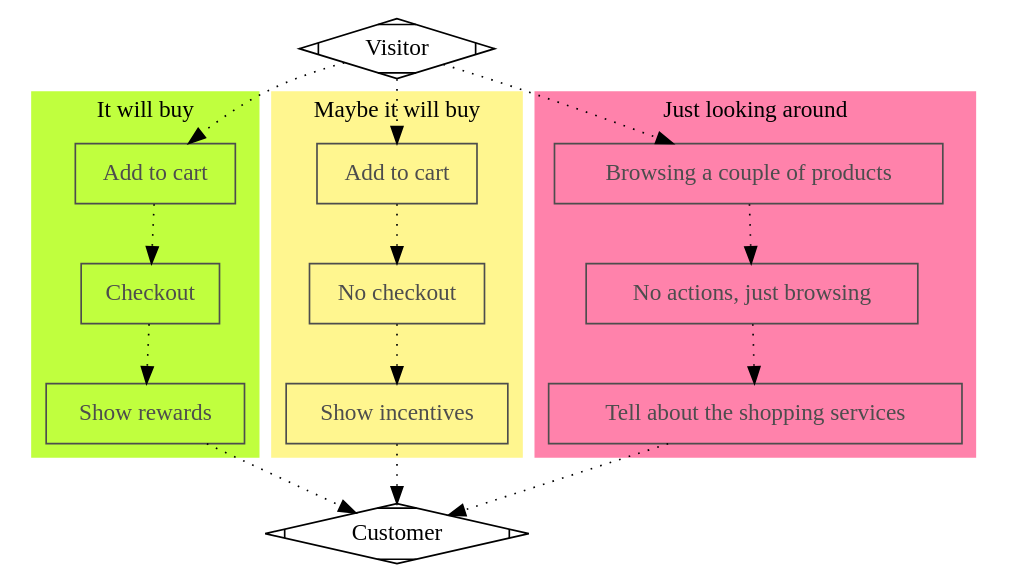
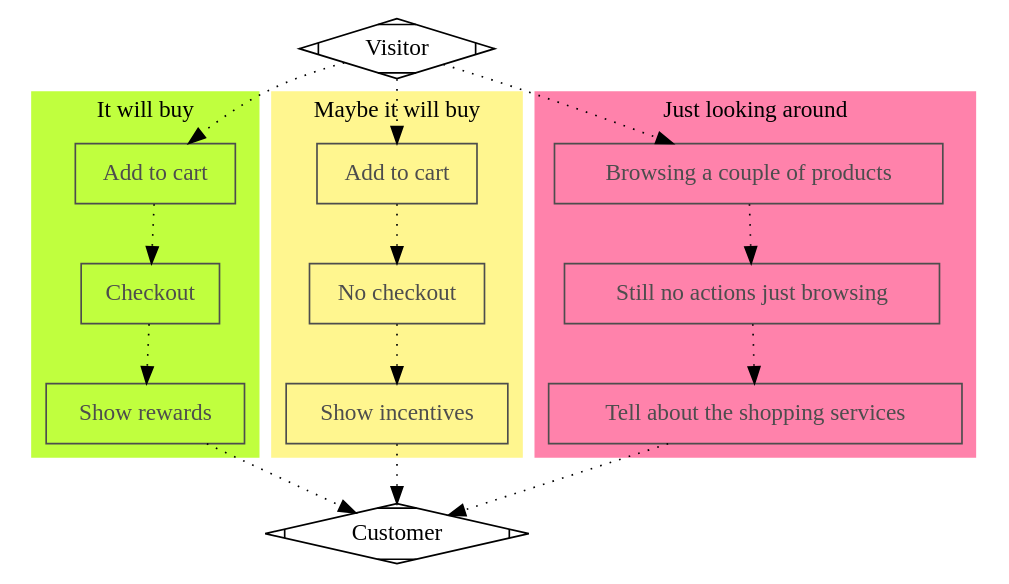
One commit to metamn/shopledge changed the diagram in assets/article4.gv. Above: the diagram before and after it, drawn with Graphviz. The commit also changed 10 other files, not shown here.

Commit message:
Responsive e-commerce graph added

```diff
--- a/assets/article4.gv
+++ b/assets/article4.gv
@@ -1,54 +1,54 @@
 digraph G {
 
 	subgraph cluster_0 {
 	  color=olivedrab1;
 	  style=filled;
 	  
 		label = "It will buy";
 		addcart2 -> checkout [style="dotted"];
 		checkout -> rewards [style="dotted"];
 	}
 	
 	subgraph cluster_1 {
 	  color=khaki1;
 	  style=filled;
 	  
 		label = "Maybe it will buy";
 		labeldistance = 3.0;
 		
 		addcart -> nocheckout [style="dotted"];
 		nocheckout -> incentives [style="dotted"];
 	}
 	
 	subgraph cluster_2 {
 	  color=palevioletred1;
 	  style=filled;
 	  		
 		label = "Just looking around";
 		browsing -> noactions [style="dotted"];		
 		noactions -> services [style="dotted"];
 	}
 
 	
 	
 	start -> browsing [style="dotted"];
 	start -> addcart [style="dotted"];
 	start -> addcart2 [style="dotted"];
 	
 	services -> end [style="dotted"];
 	rewards -> end [style="dotted"];
 	incentives -> end [style="dotted"];
 	
 	browsing [label="Browsing a couple of products", shape="box", color="gray30", fontcolor="gray30"]	
-	noactions [label="No actions, just browsing", shape="box", color="gray30", fontcolor="gray30"]	
+	noactions [label="Still no actions just browsing", shape="box", color="gray30", fontcolor="gray30"]	
 	services [label="Tell about the shopping services", shape="box", color="gray30", fontcolor="gray30"]
 	addcart [label="Add to cart", shape="box", color="gray30", fontcolor="gray30"]
 	addcart2 [label="Add to cart", shape="box", color="gray30", fontcolor="gray30"]
 	nocheckout [label="No checkout", shape="box", color="gray30", fontcolor="gray30"]
 	checkout [label="Checkout", shape="box", color="gray30", fontcolor="gray30"]
 	rewards [label="Show rewards", shape="box", color="gray30", fontcolor="gray30"]
   incentives [label="Show incentives", shape="box", color="gray30", fontcolor="gray30"]
 
 	start [label="Visitor", shape="Mdiamond"];	
 	end [label="Customer", shape="Mdiamond"];
 }
```
